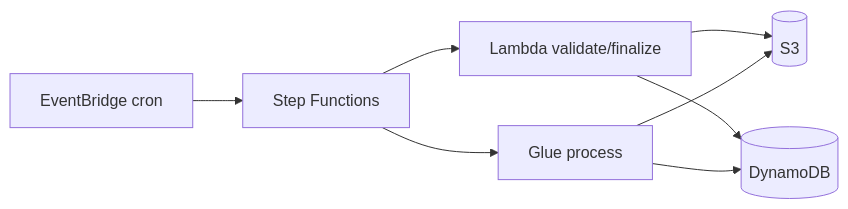
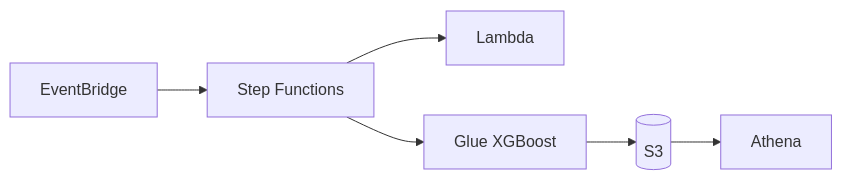
Before and after one commit to welligtoncos/ia-aws-regressao: the diagram in README.md, drawn with Mermaid. The commit also changed other lines of this file and 50 other files, not shown here.

````diff
--- a/README.md
+++ b/README.md
@@ -18,17 +35,13 @@
 ```mermaid
 flowchart LR
-  EB[EventBridge cron]
+  EB[EventBridge]
   SFN[Step Functions]
-  L[Lambda validate/finalize]
-  G[Glue process]
+  L[Lambda]
+  G[Glue XGBoost]
   S3[(S3)]
-  DDB[(DynamoDB)]
+  ATH[Athena]
 
-  EB --> SFN
-  SFN --> L
-  L --> S3
-  SFN --> G
-  G --> S3
-  L --> DDB
-  G --> DDB
+  EB --> SFN --> L
+  SFN --> G --> S3
+  S3 --> ATH
 ```
````
